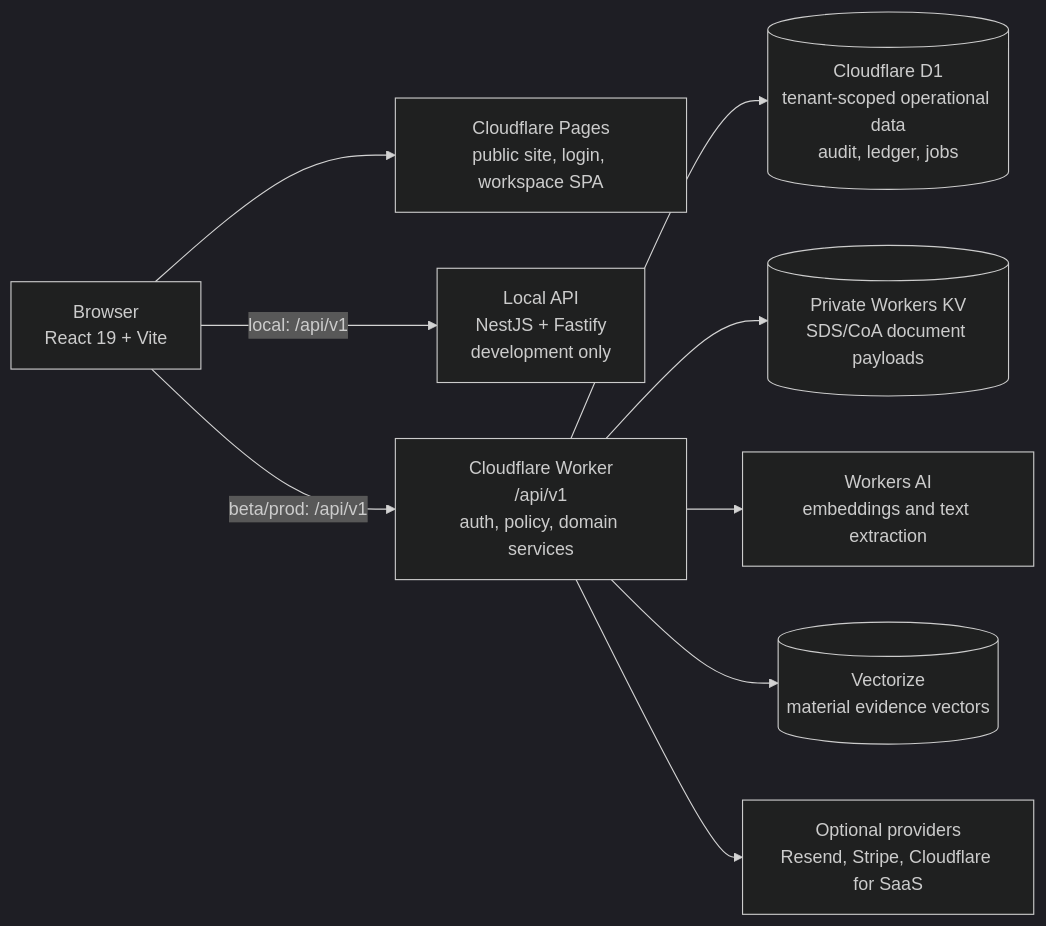
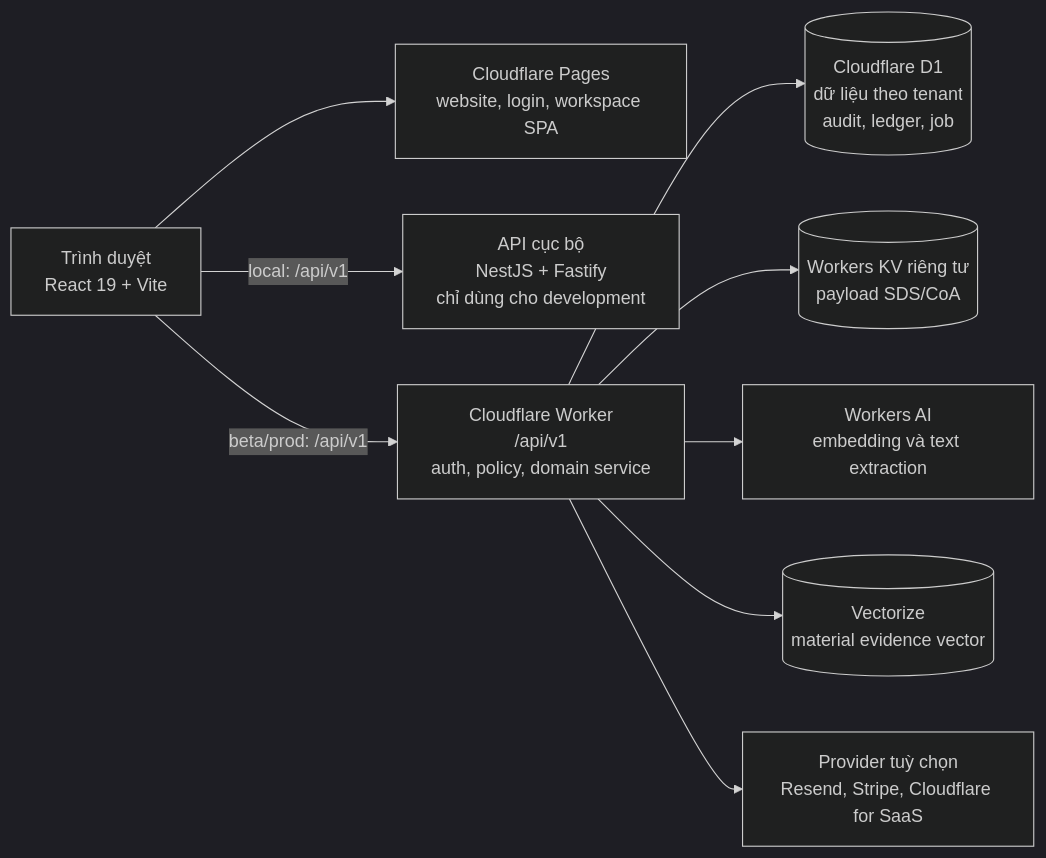
The first of 5 diagrams in README.md (MutAquaticStudio/OlfactoryOps), drawn with Mermaid (dark theme) before and after one commit. The commit also changed other lines of this file, not shown here.

````diff
--- a/README.md
+++ b/README.md
@@ -16,21 +16,21 @@
-```mermaid
+~~~mermaid
 flowchart LR
-  Browser["Browser\nReact 19 + Vite"]
-  Pages["Cloudflare Pages\npublic site, login, workspace SPA"]
-  LocalApi["Local API\nNestJS + Fastify\ndevelopment only"]
-  Worker["Cloudflare Worker\n/api/v1\nauth, policy, domain services"]
-  D1[("Cloudflare D1\ntenant-scoped operational data\naudit, ledger, jobs")]
-  KV[("Private Workers KV\nSDS/CoA document payloads")]
-  AI["Workers AI\nembeddings and text extraction"]
-  Vectorize[("Vectorize\nmaterial evidence vectors")]
-  Providers["Optional providers\nResend, Stripe, Cloudflare for SaaS"]
+  Browser["Trình duyệt<br/>React 19 + Vite"]
+  Pages["Cloudflare Pages<br/>website, login, workspace SPA"]
+  LocalApi["API cục bộ<br/>NestJS + Fastify<br/>chỉ dùng cho development"]
+  Worker["Cloudflare Worker<br/>/api/v1<br/>auth, policy, domain service"]
+  D1[("Cloudflare D1<br/>dữ liệu theo tenant<br/>audit, ledger, job")]
+  KV[("Workers KV riêng tư<br/>payload SDS/CoA")]
+  AI["Workers AI<br/>embedding và text extraction"]
+  Vectorize[("Vectorize<br/>material evidence vector")]
+  Providers["Provider tuỳ chọn<br/>Resend, Stripe, Cloudflare for SaaS"]
 
   Browser --> Pages
   Browser -->|"local: /api/v1"| LocalApi
   Browser -->|"beta/prod: /api/v1"| Worker
   Worker --> D1
   Worker --> KV
   Worker --> AI
   Worker --> Vectorize
   Worker --> Providers
-```
+~~~
````
